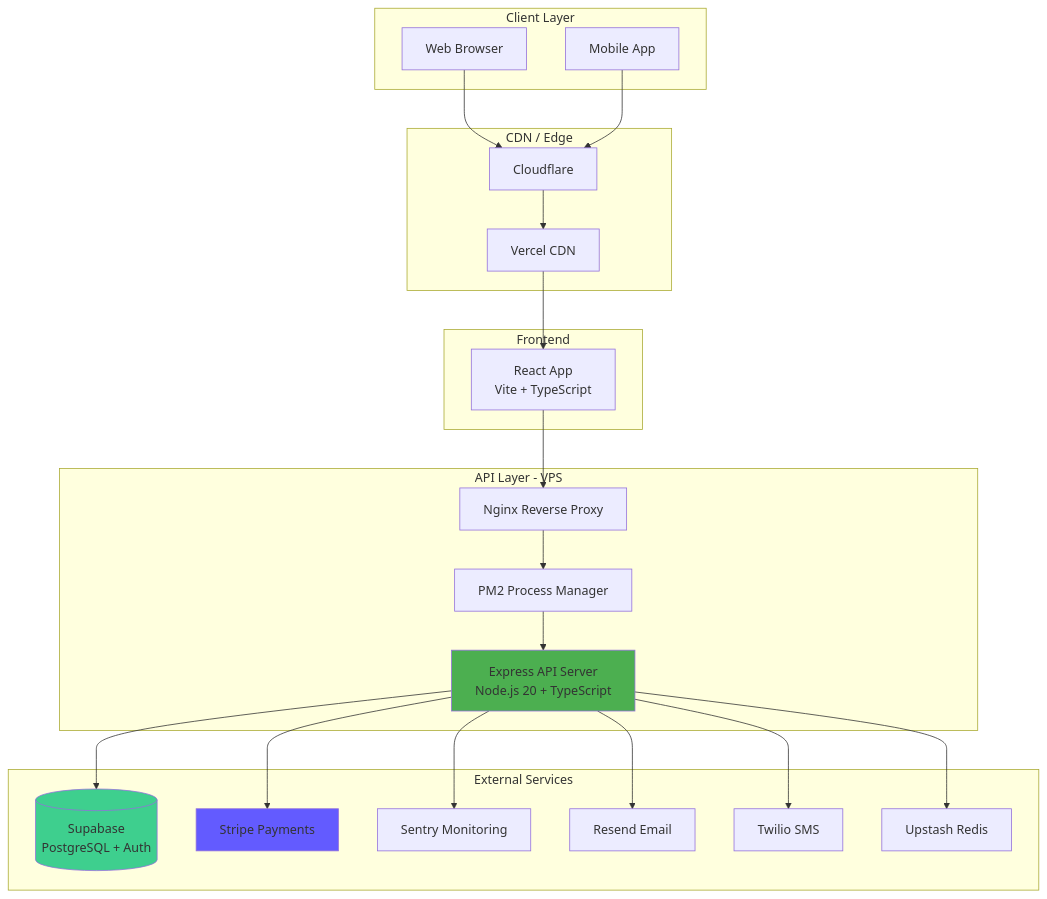
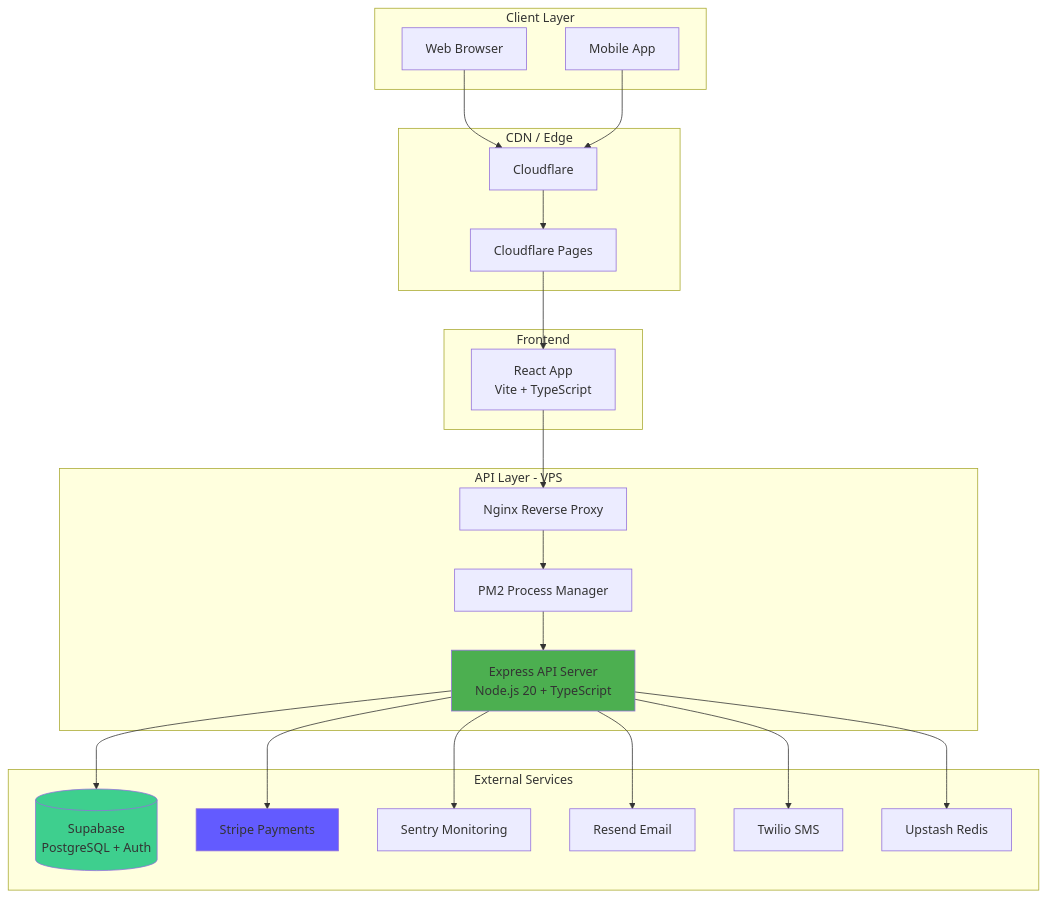
Before and after one commit to pdtribe181-prog/modullar-advancia: the first of 20 diagrams in ARCHITECTURE.md, drawn with Mermaid. The commit also changed other lines of this file and 12 other files, not shown here.

````diff
--- a/ARCHITECTURE.md
+++ b/ARCHITECTURE.md
@@ -17,50 +17,50 @@
 ```mermaid
 graph TB
     subgraph "Client Layer"
         WEB[Web Browser]
         MOBILE[Mobile App]
     end
     
     subgraph "CDN / Edge"
         CF[Cloudflare]
-        VERCEL[Vercel CDN]
+        CFPAGES[Cloudflare Pages]
     end
     
     subgraph "Frontend"
         REACT[React App<br/>Vite + TypeScript]
     end
     
     subgraph "API Layer - VPS"
         NGINX[Nginx Reverse Proxy]
         PM2[PM2 Process Manager]
         API[Express API Server<br/>Node.js 20 + TypeScript]
     end
     
     subgraph "External Services"
         SUPABASE[(Supabase<br/>PostgreSQL + Auth)]
         STRIPE[Stripe Payments]
         SENTRY[Sentry Monitoring]
         RESEND[Resend Email]
         TWILIO[Twilio SMS]
         UPSTASH[Upstash Redis]
     end
     
     WEB --> CF
     MOBILE --> CF
-    CF --> VERCEL
-    VERCEL --> REACT
+    CF --> CFPAGES
+    CFPAGES --> REACT
     REACT --> NGINX
     NGINX --> PM2
     PM2 --> API
     
     API --> SUPABASE
     API --> STRIPE
     API --> SENTRY
     API --> RESEND
     API --> TWILIO
     API --> UPSTASH
     
     style API fill:#4CAF50
     style SUPABASE fill:#3ECF8E
     style STRIPE fill:#635BFF
 ```
````
